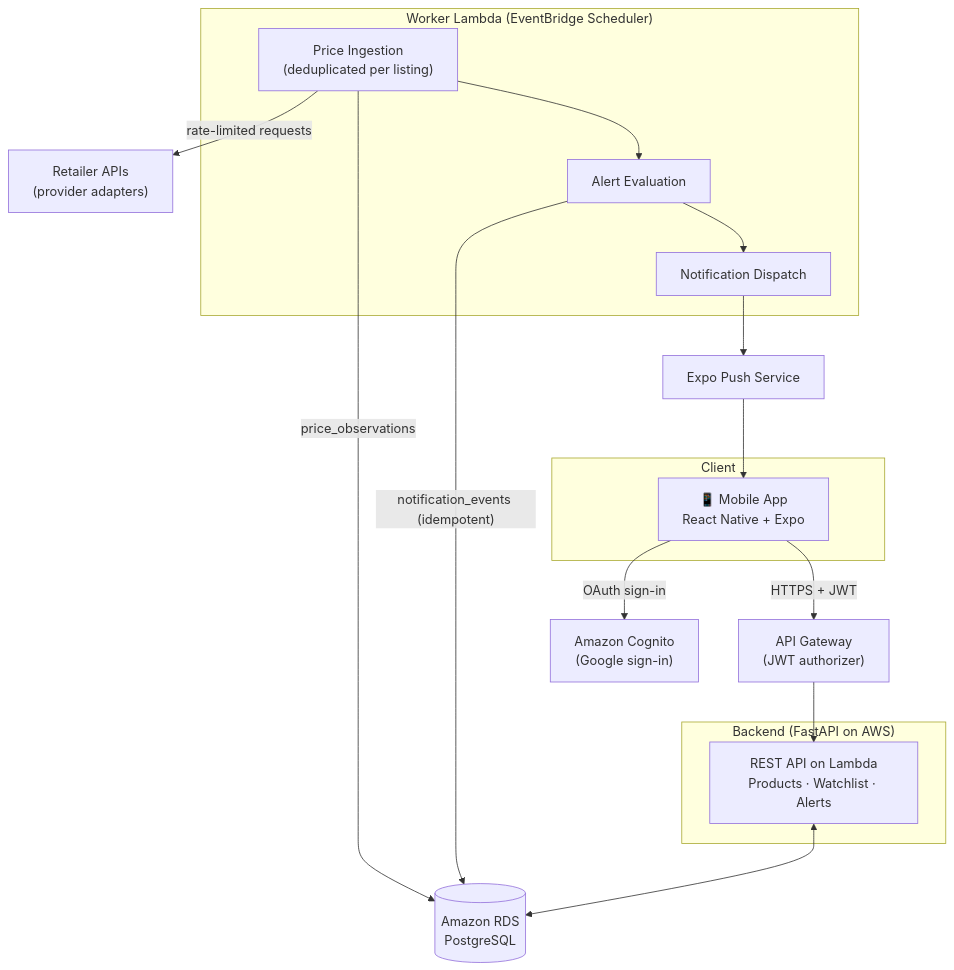
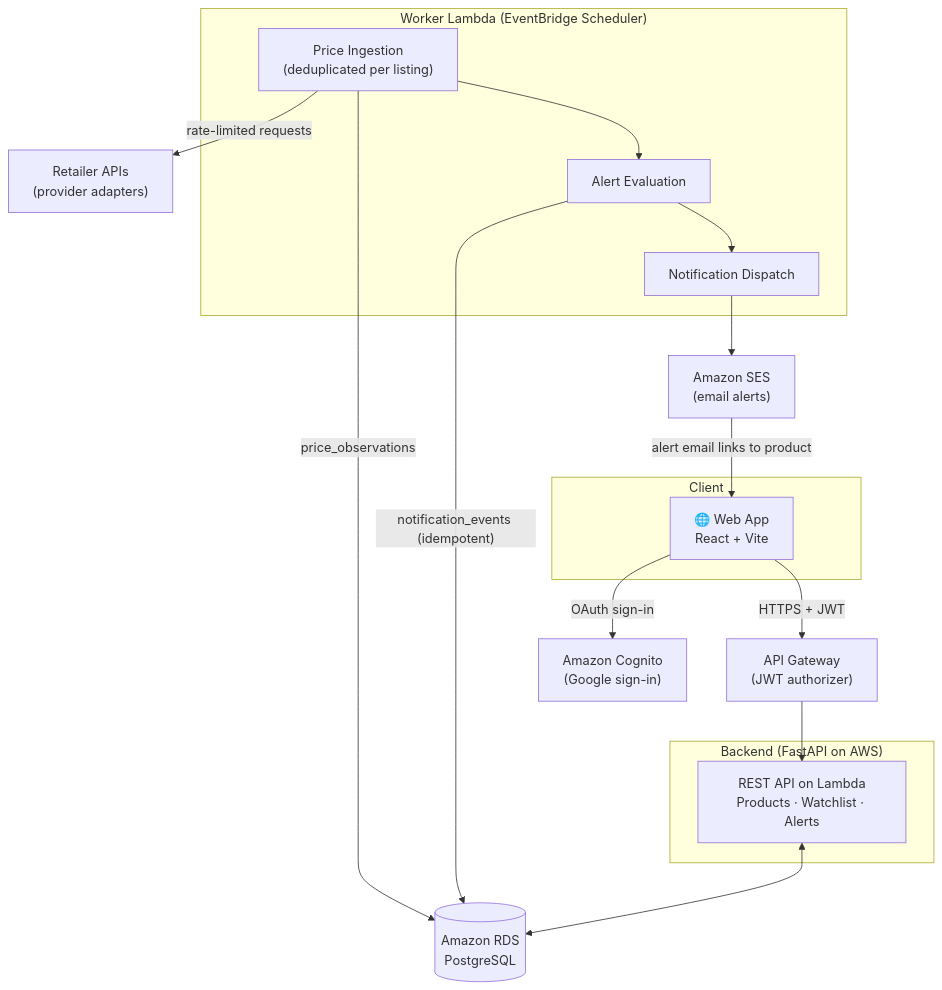
The first of 2 diagrams in README.md (madalynkeyes/tagvello), drawn with Mermaid before and after one commit. The commit also changed other lines of this file, not shown here.

First line of the commit message:
Switch README to a web-first, 3-week plan

````diff
--- a/README.md
+++ b/README.md
@@ -67,30 +67,30 @@
 ```mermaid
 flowchart TD
     subgraph Client
-        APP["📱 Mobile App<br/>React Native + Expo"]
+        APP["🌐 Web App<br/>React + Vite"]
     end
 
     subgraph Backend["Backend (FastAPI on AWS)"]
         API["REST API on Lambda<br/>Products · Watchlist · Alerts"]
     end
 
     subgraph Jobs["Worker Lambda (EventBridge Scheduler)"]
         ING["Price Ingestion<br/>(deduplicated per listing)"]
         EVAL["Alert Evaluation"]
         NOTIF["Notification Dispatch"]
     end
 
     DB[("Amazon RDS<br/>PostgreSQL")]
     SRC["Retailer APIs<br/>(provider adapters)"]
-    PUSH["Expo Push Service"]
+    MAIL["Amazon SES<br/>(email alerts)"]
 
     APP -- "OAuth sign-in" --> COG["Amazon Cognito<br/>(Google sign-in)"]
     APP -- "HTTPS + JWT" --> GW["API Gateway<br/>(JWT authorizer)"] --> API
     API <--> DB
     ING -- "rate-limited requests" --> SRC
     ING -- "price_observations" --> DB
     ING --> EVAL
     EVAL -- "notification_events (idempotent)" --> DB
     EVAL --> NOTIF
-    NOTIF --> PUSH --> APP
+    NOTIF --> MAIL -- "alert email links to product" --> APP
 ```
````
